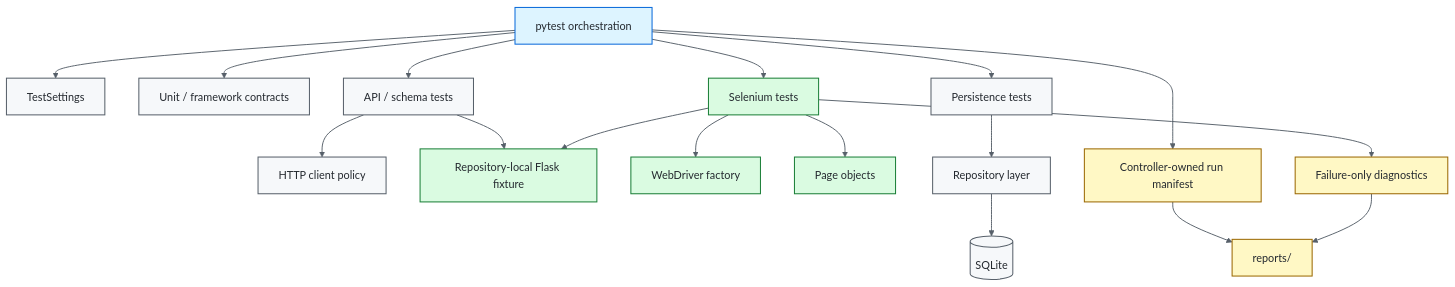
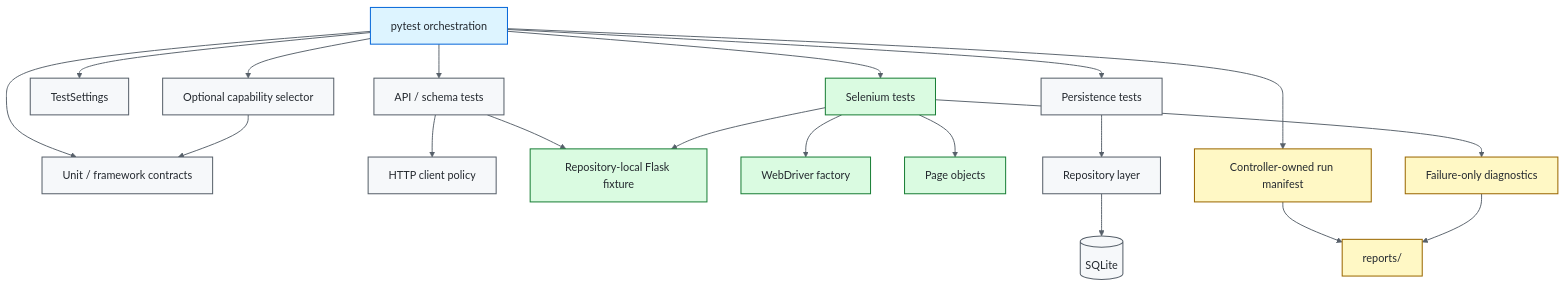
The diagram in README.md (portyu9/qa-automation-python-pytest), drawn with Mermaid before and after one commit. The commit also changed other lines of this file, not shown here.

Commit message:
docs: synchronize pytest capability surface

````diff
--- a/README.md
+++ b/README.md
@@ -40,29 +41,31 @@
 ```mermaid
 flowchart TD
-    PYTEST[pytest orchestration] --> CFG[TestSettings]
+    PYTEST[pytest orchestration] --> SELECT[Optional capability selector]
+    PYTEST --> CFG[TestSettings]
     PYTEST --> UNIT[Unit / framework contracts]
     PYTEST --> API[API / schema tests]
     PYTEST --> DB[Persistence tests]
     PYTEST --> UI[Selenium tests]
+    SELECT --> UNIT
     API --> HTTP[HTTP client policy]
     API --> FIX[Repository-local Flask fixture]
     UI --> DRIVER[WebDriver factory]
     UI --> PAGE[Page objects]
     UI --> FIX
     DB --> REPO[Repository layer]
     REPO --> SQLITE[(SQLite)]
     PYTEST --> MAN[Controller-owned run manifest]
     UI --> DIAG[Failure-only diagnostics]
     MAN --> REPORTS[reports/]
     DIAG --> REPORTS
 
     classDef entry fill:#ddf4ff,stroke:#0969da,color:#24292f,stroke-width:1.5px;
     classDef core fill:#f6f8fa,stroke:#57606a,color:#24292f,stroke-width:1.5px;
     classDef boundary fill:#dafbe1,stroke:#1a7f37,color:#24292f,stroke-width:1.5px;
     classDef evidence fill:#fff8c5,stroke:#9a6700,color:#24292f,stroke-width:1.5px;
     class PYTEST entry;
-    class CFG,UNIT,API,DB,HTTP,REPO,SQLITE core;
+    class SELECT,CFG,UNIT,API,DB,HTTP,REPO,SQLITE core;
     class UI,DRIVER,PAGE,FIX boundary;
     class MAN,DIAG,REPORTS evidence;
     linkStyle default stroke:#57606a,stroke-width:1.4px;
 ```
````
